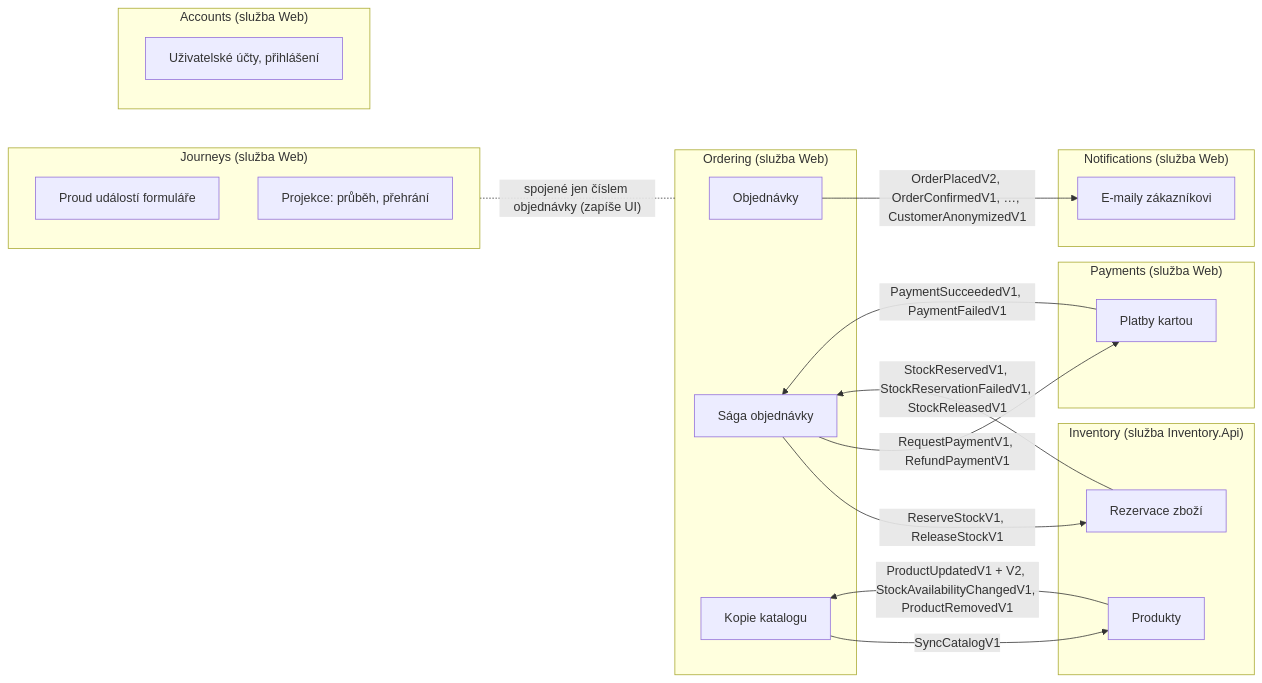
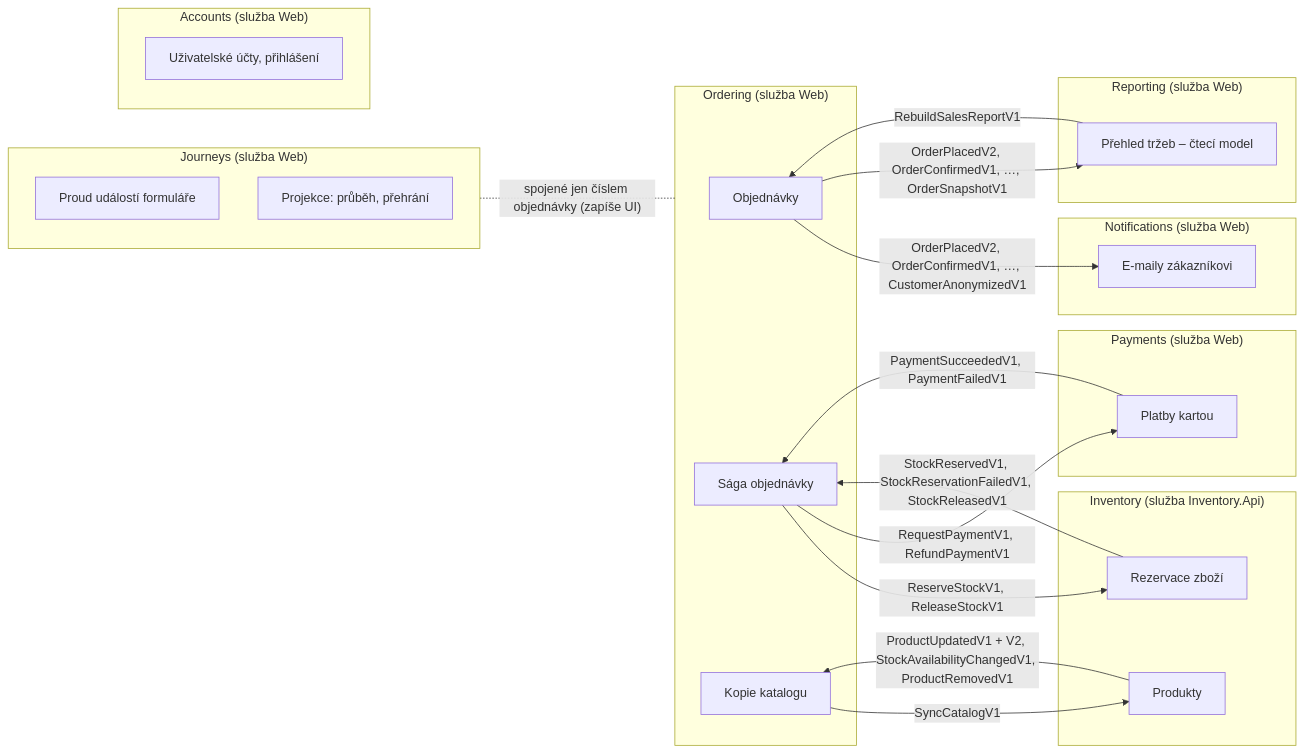
Before and after one commit to ftichy/MiniShop: the diagram in docs/prirucka/architektura/moduly/index.md, drawn with Mermaid. The commit also changed other lines of this file and 38 other files, not shown here.

First line of the commit message:
ESHOP STEP11: přehled tržeb pro admina (CQRS)

````diff
--- a/docs/prirucka/architektura/moduly/index.md
+++ b/docs/prirucka/architektura/moduly/index.md
@@ -12,46 +12,52 @@
 ```mermaid
 flowchart LR
     subgraph ord["Ordering (služba Web)"]
         o1[Objednávky]
         o2[Sága objednávky]
         o3[Kopie katalogu]
     end
     subgraph inv["Inventory (služba Inventory.Api)"]
         i1[Produkty]
         i2[Rezervace zboží]
     end
     subgraph jou["Journeys (služba Web)"]
         j1[Proud událostí formuláře]
         j2[Projekce: průběh, přehrání]
     end
 
     o2 -->|"ReserveStockV1, ReleaseStockV1"| i2
     i2 -->|"StockReservedV1, StockReservationFailedV1, StockReleasedV1"| o2
     i1 -->|"ProductUpdatedV1 + V2, StockAvailabilityChangedV1, ProductRemovedV1"| o3
     o3 -->|SyncCatalogV1| i1
     subgraph acc["Accounts (služba Web)"]
         a1[Uživatelské účty, přihlášení]
     end
     subgraph ntf["Notifications (služba Web)"]
         n1[E-maily zákazníkovi]
     end
     subgraph pay["Payments (služba Web)"]
         p1[Platby kartou]
     end
     o2 -->|"RequestPaymentV1, RefundPaymentV1"| p1
     p1 -->|"PaymentSucceededV1, PaymentFailedV1"| o2
     o1 -->|"OrderPlacedV2, OrderConfirmedV1, …, CustomerAnonymizedV1"| n1
+    subgraph rep["Reporting (služba Web)"]
+        r1[Přehled tržeb – čtecí model]
+    end
+    o1 -->|"OrderPlacedV2, OrderConfirmedV1, …, OrderSnapshotV1"| r1
+    r1 -->|RebuildSalesReportV1| o1
 
     jou -.-|"spojené jen číslem objednávky (zapíše UI)"| ord
 
     click o2 "/Docs/eda/saga"
     click o3 "/Docs/eda/kopie-katalogu"
     click j1 "/Docs/eda/proud-udalosti"
     click o1 "/Docs/architektura/moduly/ordering"
     click i1 "/Docs/architektura/moduly/inventory"
     click i2 "/Docs/architektura/moduly/inventory"
     click j2 "/Docs/architektura/moduly/journeys"
     click a1 "/Docs/architektura/moduly/accounts"
     click n1 "/Docs/architektura/moduly/notifications"
     click p1 "/Docs/architektura/moduly/payments"
+    click r1 "/Docs/architektura/moduly/reporting"
 ```
````
